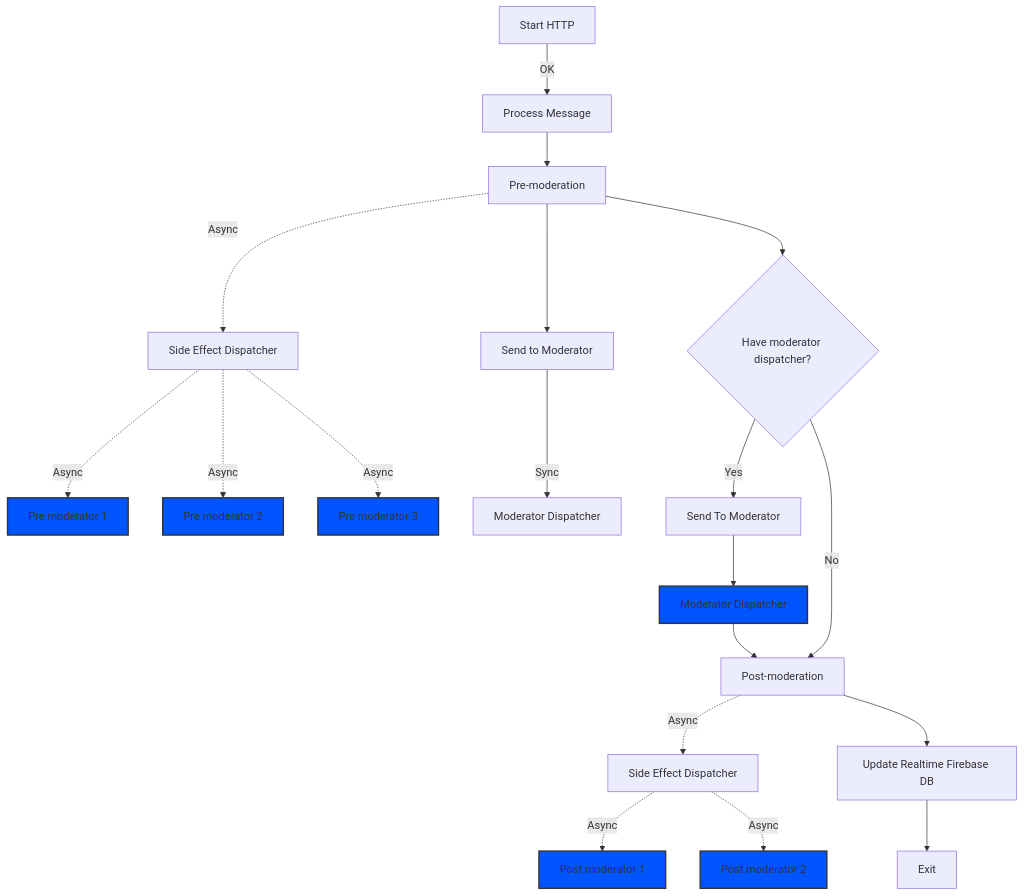
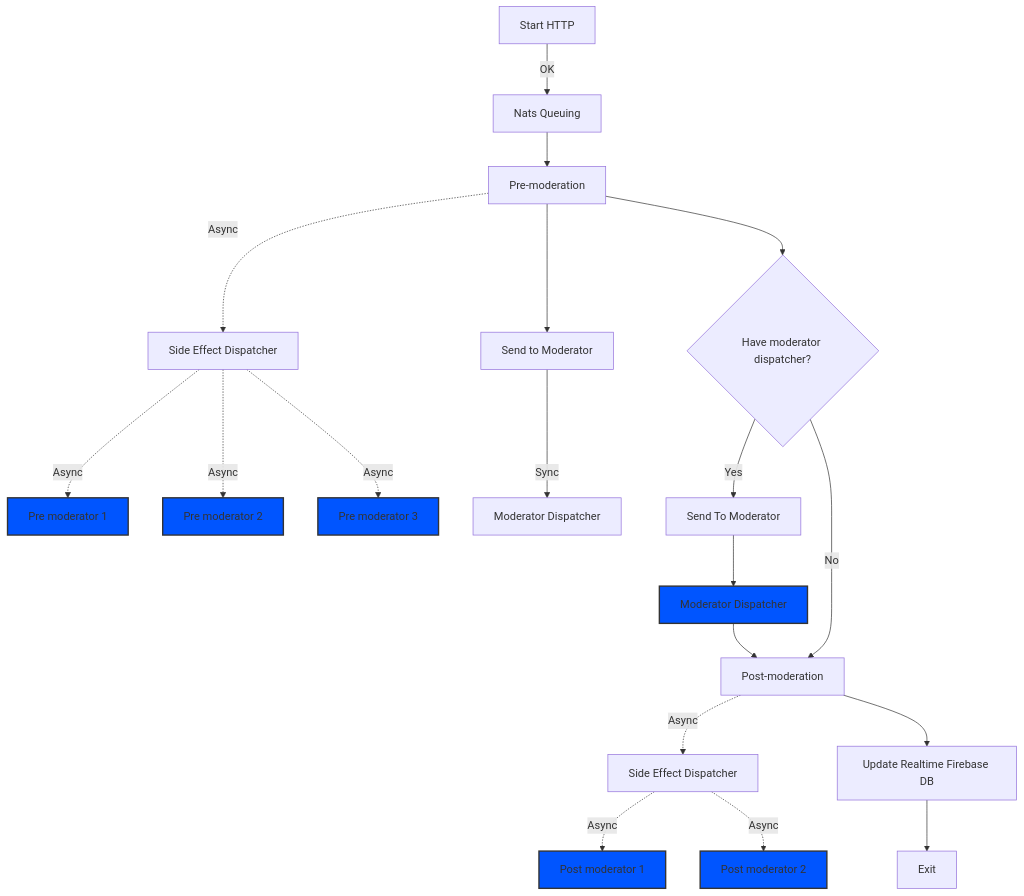
One commit to oudaykhaled/chat-service changed the diagram in documentation/Messaging_Process_Flow_Documentation.md. Above: the diagram before and after it, drawn with Mermaid.

````diff
--- a/documentation/Messaging_Process_Flow_Documentation.md
+++ b/documentation/Messaging_Process_Flow_Documentation.md
@@ -63,24 +63,24 @@
 ```mermaid
 graph TD
-  A[Start HTTP] -->|OK| B[Process Message]
+  A[Start HTTP] -->|OK| B[Nats Queuing]
   B --> E[Pre-moderation]
   E -.->|Async| C[Side Effect Dispatcher]
   C -.->|Async| D1[Pre moderator 1]
   C -.->|Async| D2[Pre moderator 2]
   C -.->|Async| D3[Pre moderator 3]
   E --> F[Send to Moderator]
   F -->|Sync| G[Moderator Dispatcher]
   E --> X{Have moderator dispatcher?}
   X -->|Yes| H[Send To Moderator]
   H --> I[Moderator Dispatcher]
   I --> J[Post-moderation]
   X -->|No| J[Post-moderation]
   J -.->|Async| K[Side Effect Dispatcher]
   K -.->|Async| L[Post moderator 1]
   K -.->|Async| M[Post moderator 2]
   J --> N[Update Realtime Firebase DB]
   N --> O[Exit]
 
   classDef async fill:#05f,stroke:#333,stroke-width:2px;
   class I,D1,D2,D3,L,M async;
 ```
````
